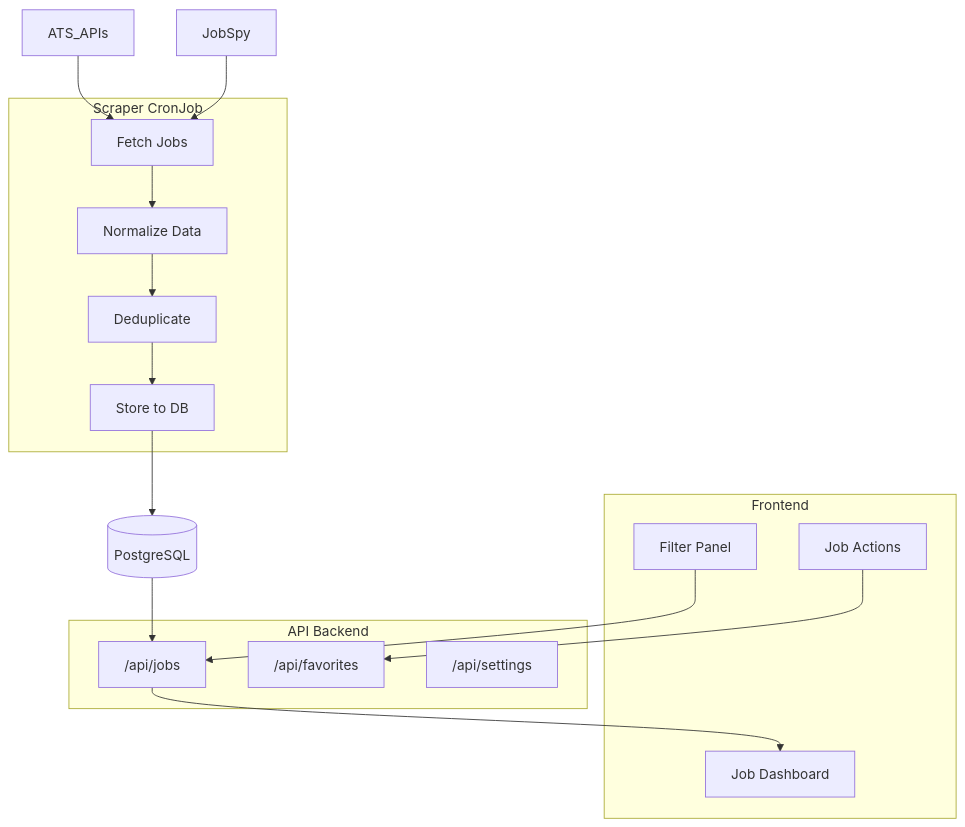
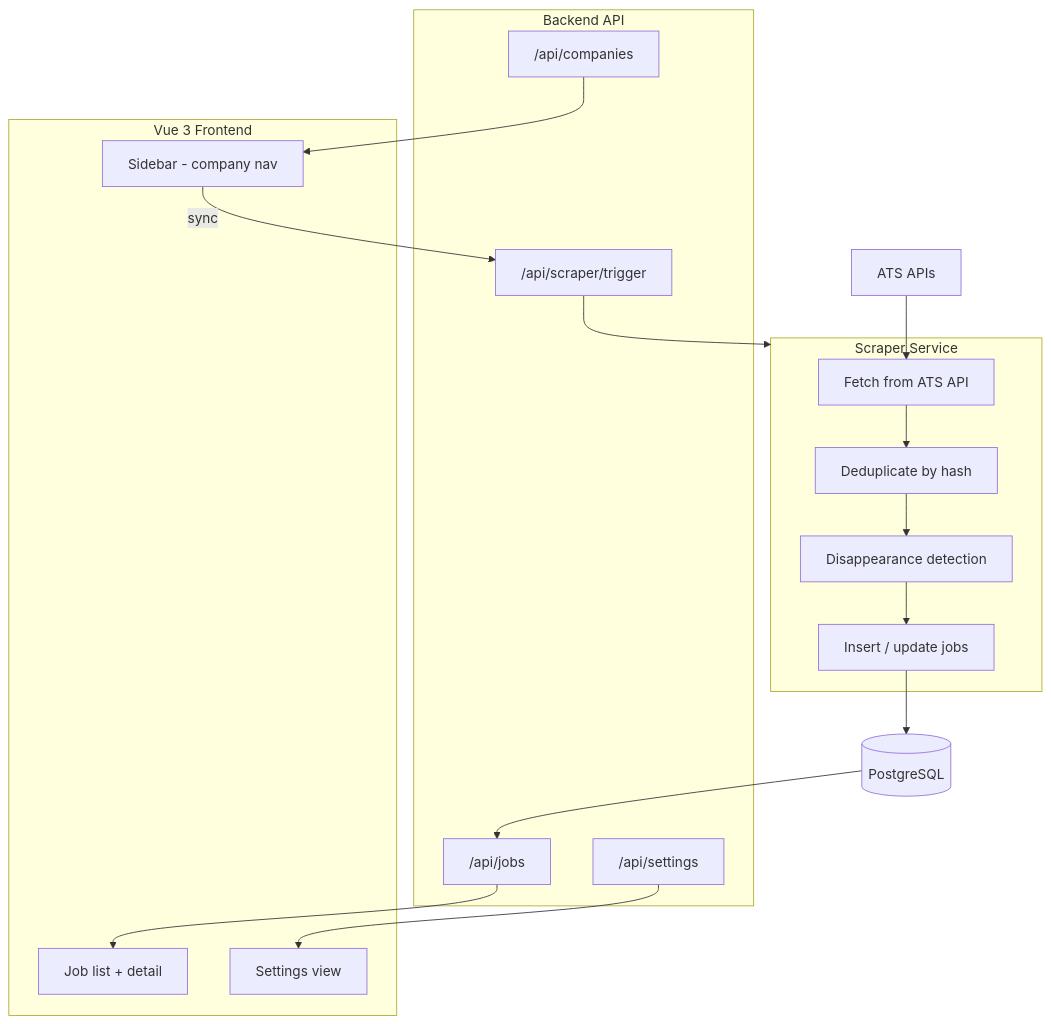
One commit to pww217/hirewire changed the second of 2 diagrams in docs/README.md. Above: the diagram before and after it, drawn with Mermaid. The commit also changed other lines of this file and 17 other files, not shown here.

Commit message:
polish(UI): improvements to UI, settings, filters

````diff
--- a/docs/README.md
+++ b/docs/README.md
@@ -117,33 +53,34 @@
 ```mermaid
 flowchart TB
-    subgraph scraper [Scraper CronJob]
-        Fetch[Fetch Jobs]
-        Normalize[Normalize Data]
-        Dedup[Deduplicate]
-        Store[Store to DB]
+    subgraph scraper [Scraper Service]
+        fetch[Fetch from ATS API]
+        dedup[Deduplicate by hash]
+        disappear[Disappearance detection]
+        insert[Insert / update jobs]
     end
 
-    subgraph api [API Backend]
-        Jobs["/api/jobs"]
-        Favs["/api/favorites"]
-        Settings["/api/settings"]
+    subgraph backend [Backend API]
+        companies["/api/companies"]
+        jobs["/api/jobs"]
+        settings["/api/settings"]
+        trigger["/api/scraper/trigger"]
     end
 
-    subgraph frontend [Frontend]
-        Dashboard[Job Dashboard]
-        Filters[Filter Panel]
-        Actions[Job Actions]
+    subgraph frontend [Vue 3 Frontend]
+        sidebar[Sidebar - company nav]
+        joblist[Job list + detail]
+        settingsview[Settings view]
     end
 
-    JobSpy --> Fetch
-    ATS_APIs --> Fetch
-    Fetch --> Normalize
-    Normalize --> Dedup
-    Dedup --> Store
-    Store --> Postgres[(PostgreSQL)]
-    
-    Postgres --> Jobs
-    Jobs --> Dashboard
-    Filters --> Jobs
-    Actions --> Favs
+    ats[ATS APIs] --> fetch
+    fetch --> dedup
+    dedup --> disappear
+    disappear --> insert
+    insert --> db[(PostgreSQL)]
+    db --> jobs
+    jobs --> joblist
+    companies --> sidebar
+    settings --> settingsview
+    sidebar -->|sync| trigger
+    trigger --> scraper
 ```
````
